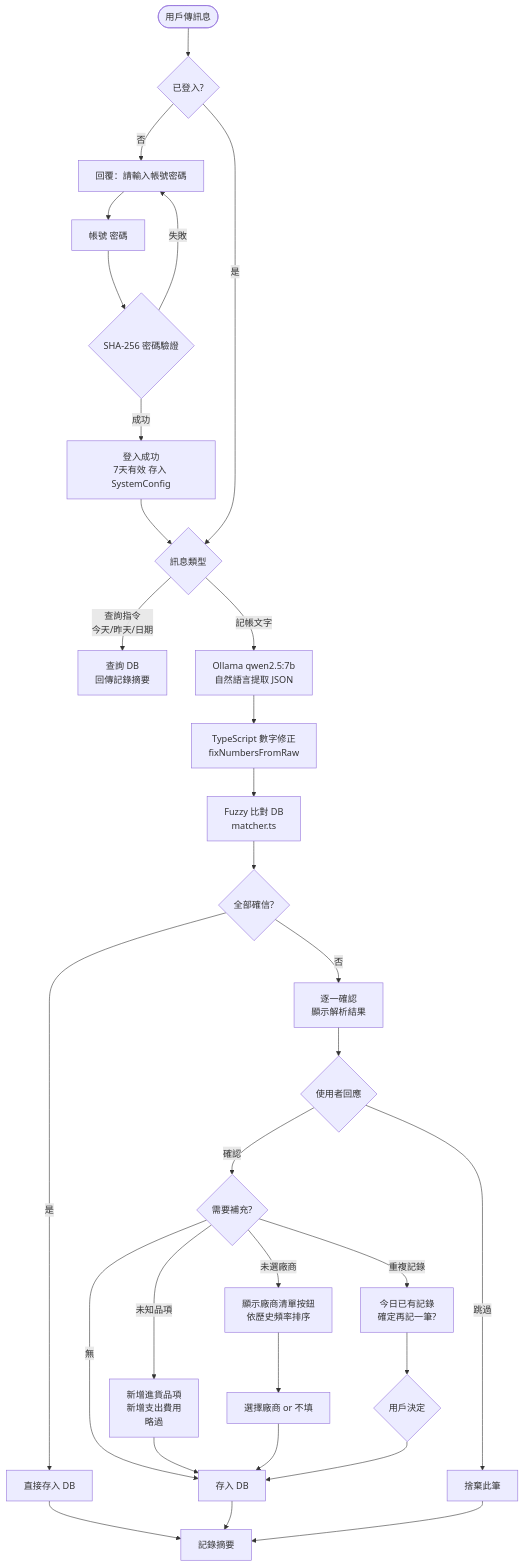
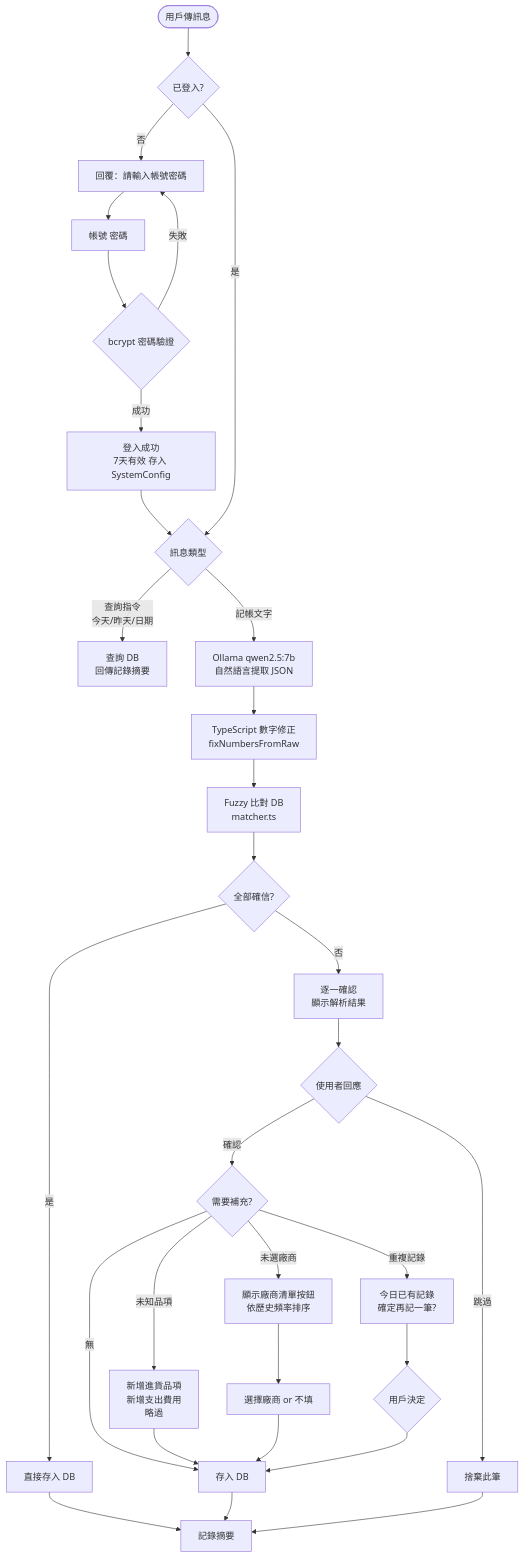
The fourth of 5 diagrams in README.md (hyaochen/market-ledger), drawn with Mermaid before and after one commit. The commit also changed other lines of this file and 3 other files, not shown here.

````diff
--- a/README.md
+++ b/README.md
@@ -138,38 +138,38 @@
 ```mermaid
 flowchart TD
     A([用戶傳訊息]) --> B{已登入?}
     B --否--> C[回覆：請輸入帳號密碼]
     C --> D[帳號 密碼]
-    D --> E{SHA-256 密碼驗證}
+    D --> E{bcrypt 密碼驗證}
     E --失敗--> C
     E --成功--> F[登入成功\n7天有效 存入 SystemConfig]
     F --> G
 
     B --是--> G{訊息類型}
     G --查詢指令\n今天/昨天/日期--> H[查詢 DB\n回傳記錄摘要]
     G --記帳文字--> I[Ollama qwen2.5:7b\n自然語言提取 JSON]
 
     I --> J[TypeScript 數字修正\nfixNumbersFromRaw]
     J --> K[Fuzzy 比對 DB\nmatcher.ts]
 
     K --> L{全部確信?}
     L --是--> M[直接存入 DB]
     L --否--> N[逐一確認\n顯示解析結果]
 
     N --> O{使用者回應}
     O --確認--> P{需要補充?}
     O --跳過--> Q[捨棄此筆]
 
     P --未知品項--> R[新增進貨品項\n新增支出費用\n略過]
     P --未選廠商--> S[顯示廠商清單按鈕\n依歷史頻率排序]
     P --重複記錄--> T[今日已有記錄\n確定再記一筆?]
     P --無--> U[存入 DB]
 
     R --> U
     S --> V[選擇廠商 or 不填] --> U
     T --> W{用戶決定} --> U
 
     M --> X[記錄摘要]
     U --> X
     Q --> X
 ```
````
